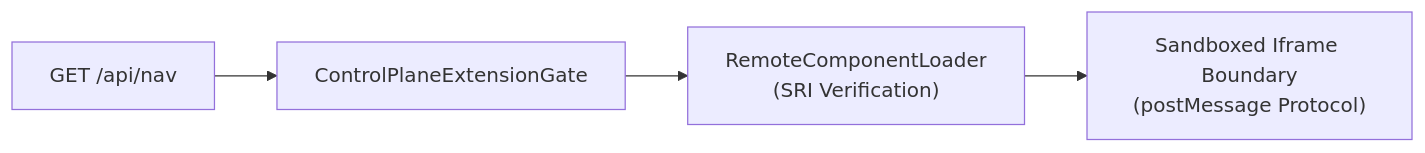
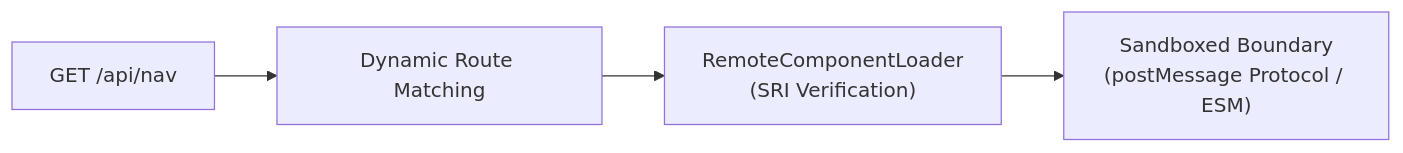
One commit to najeed/ai-agent-eval-harness changed the fourth of 4 diagrams in docs/src/content/docs/evaluator/visual-suite.md. Above: the diagram before and after it, drawn with Mermaid. The commit also changed other lines of this file and 185 other files, not shown here.

````diff
--- a/docs/src/content/docs/evaluator/visual-suite.md
+++ b/docs/src/content/docs/evaluator/visual-suite.md
@@ -211,6 +211,6 @@
 ```mermaid
 graph LR
-    API["GET /api/nav"] --> Gate["ControlPlaneExtensionGate"]
-    Gate --> Loader["RemoteComponentLoader<br/>(SRI Verification)"]
-    Loader --> Iframe["Sandboxed Iframe Boundary<br/>(postMessage Protocol)"]
+    API["GET /api/nav"] --> Discovery["Dynamic Route Matching"]
+    Discovery --> Loader["RemoteComponentLoader<br/>(SRI Verification)"]
+    Loader --> Iframe["Sandboxed Boundary<br/>(postMessage Protocol / ESM)"]
 ```
````
